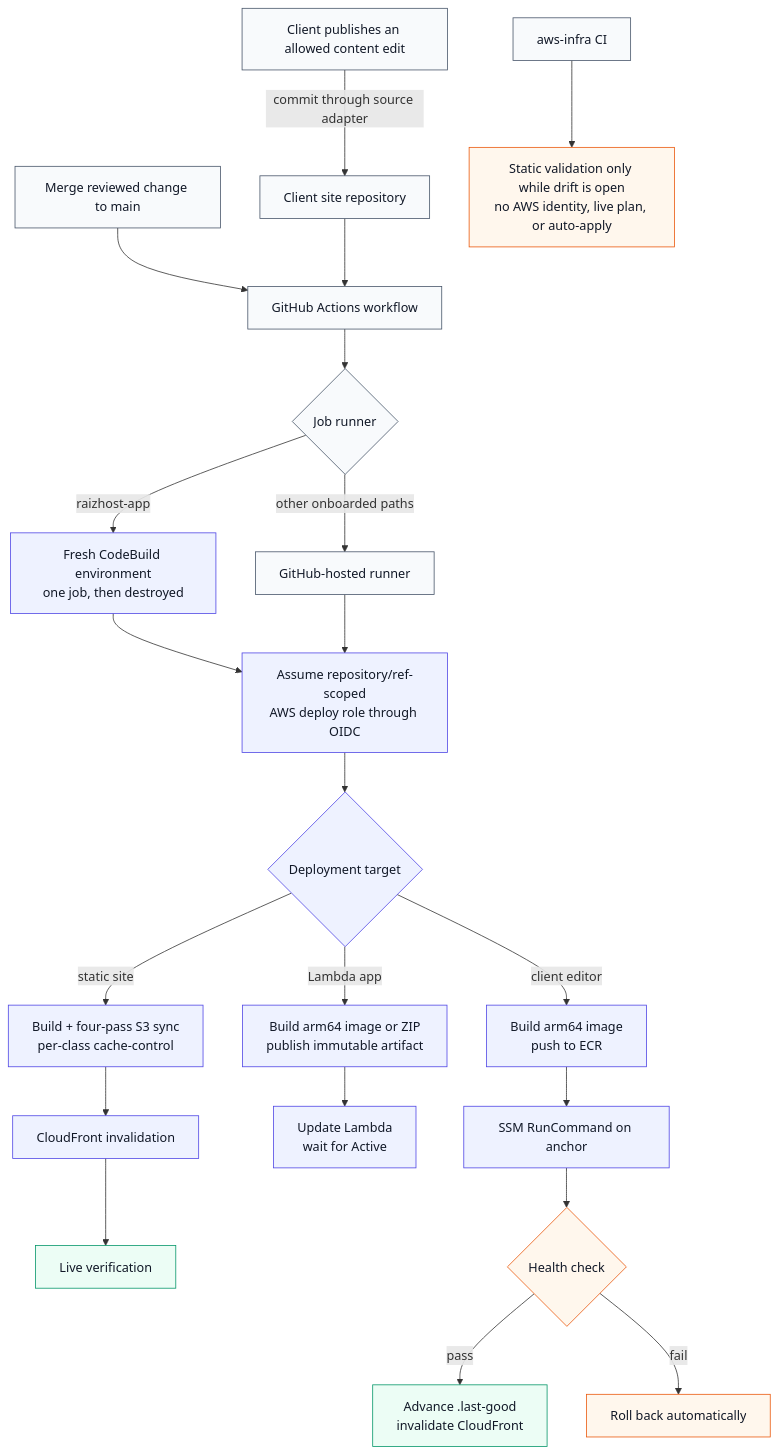
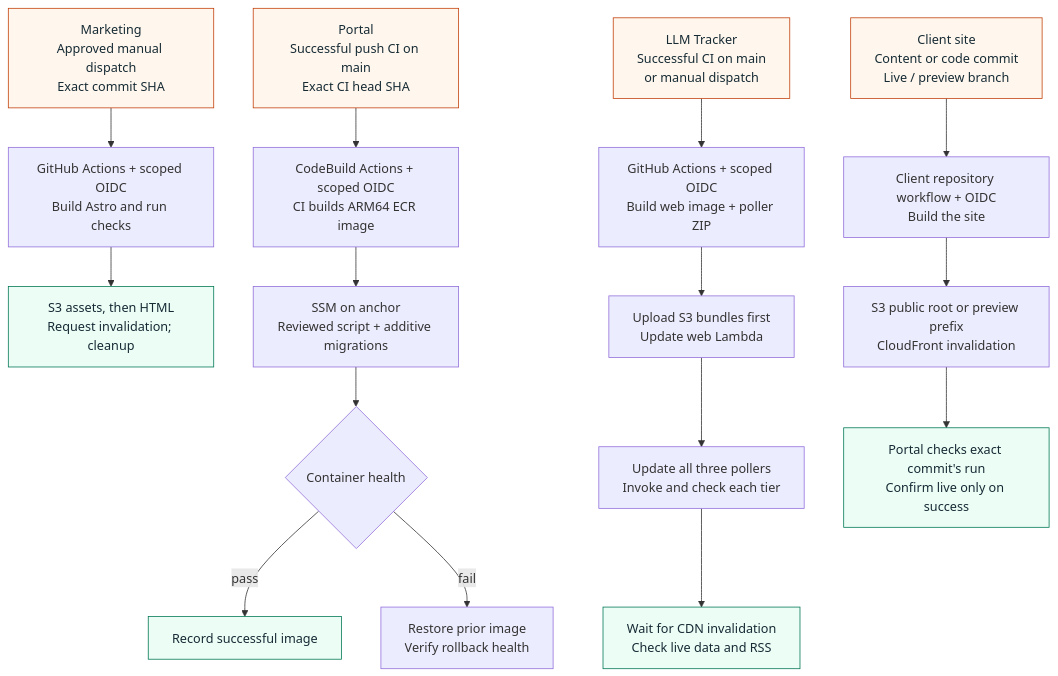
One commit to JadenRazo/raizhost-architecture changed the diagram in diagrams/deploy-flow.mmd. Above: the diagram before and after it, drawn with Mermaid. The commit also changed 29 other files, not shown here.

Commit message:
docs: clarify RaizHost architecture and application flows (#5)

```diff
--- a/diagrams/deploy-flow.mmd
+++ b/diagrams/deploy-flow.mmd
@@ -1,35 +1,28 @@
 flowchart TB
-  change[Merge reviewed change to main] --> workflow[GitHub Actions workflow]
-  editor[Client publishes an allowed content edit] -->|commit through source adapter| siteRepo[Client site repository]
-  siteRepo --> workflow
+  marketing["Marketing<br/>Approved manual dispatch<br/>Exact commit SHA"]
+  portal["Portal<br/>Successful push CI on main<br/>Exact CI head SHA"]
+  tracker["LLM Tracker<br/>Successful CI on main<br/>or manual dispatch"]
+  client["Client site<br/>Content or code commit<br/>Live / preview branch"]
 
-  workflow --> runner{Job runner}
-  runner -->|raizhost-app| codebuild[Fresh CodeBuild environment<br/>one job, then destroyed]
-  runner -->|other onboarded paths| hosted[GitHub-hosted runner]
-  codebuild --> oidc[Assume repository/ref-scoped<br/>AWS deploy role through OIDC]
-  hosted --> oidc
+  marketing --> mjob["GitHub Actions + scoped OIDC<br/>Build Astro and run checks"]
+  mjob --> ms3["S3 assets, then HTML<br/>Request invalidation; cleanup"]
 
-  oidc --> target{Deployment target}
-  target -->|static site| static[Build + four-pass S3 sync<br/>per-class cache-control]
-  static --> invalidate[CloudFront invalidation]
-  invalidate --> verify[Live verification]
+  portal --> pjob["CodeBuild Actions + scoped OIDC<br/>CI builds ARM64 ECR image"]
+  pjob --> ssm["SSM on anchor<br/>Reviewed script + additive migrations"]
+  ssm --> health{"Container health"}
+  health -->|"pass"| live["Record successful image"]
+  health -->|"fail"| rollback["Restore prior image<br/>Verify rollback health"]
 
-  target -->|Lambda app| lambda[Build arm64 image or ZIP<br/>publish immutable artifact]
-  lambda --> activate[Update Lambda<br/>wait for Active]
+  tracker --> tjob["GitHub Actions + scoped OIDC<br/>Build web image + poller ZIP"]
+  tjob --> web["Upload S3 bundles first<br/>Update web Lambda"]
+  web --> workers["Update all three pollers<br/>Invoke and check each tier"]
+  workers --> verify["Wait for CDN invalidation<br/>Check live data and RSS"]
 
-  target -->|client editor| portal[Build arm64 image<br/>push to ECR]
-  portal --> ssm[SSM RunCommand on anchor]
-  ssm --> health{Health check}
-  health -->|pass| live[Advance .last-good<br/>invalidate CloudFront]
-  health -->|fail| rollback[Roll back automatically]
+  client --> cjob["Client repository workflow + OIDC<br/>Build the site"]
+  cjob --> target["S3 public root or preview prefix<br/>CloudFront invalidation"]
+  target --> status["Portal checks exact commit's run<br/>Confirm live only on success"]
 
-  tf[aws-infra CI] --> staticOnly[Static validation only while drift is open<br/>no AWS identity, live plan, or auto-apply]
-
-  classDef source fill:#f8fafc,stroke:#475569,color:#111827
-  classDef aws fill:#eef2ff,stroke:#4f46e5,color:#111827
-  classDef safe fill:#ecfdf5,stroke:#059669,color:#111827
-  classDef warn fill:#fff7ed,stroke:#ea580c,color:#111827
-  class change,workflow,editor,siteRepo,runner,hosted,tf source
-  class codebuild,oidc,target,static,invalidate,lambda,activate,portal,ssm aws
-  class verify,live safe
-  class health,rollback,staticOnly warn
+  classDef start fill:#fff7ed,stroke:#c2410c,color:#172b35
+  classDef finish fill:#ecfdf5,stroke:#047857,color:#172b35
+  class marketing,portal,tracker,client start
+  class ms3,live,verify,status finish
```
